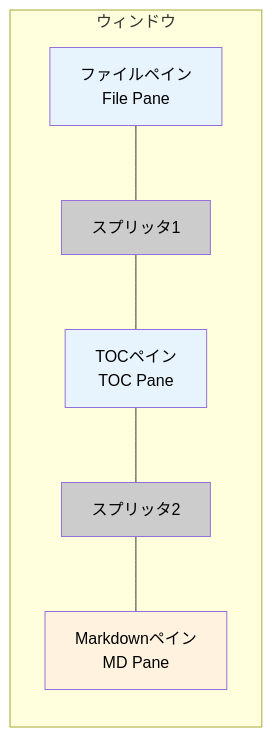
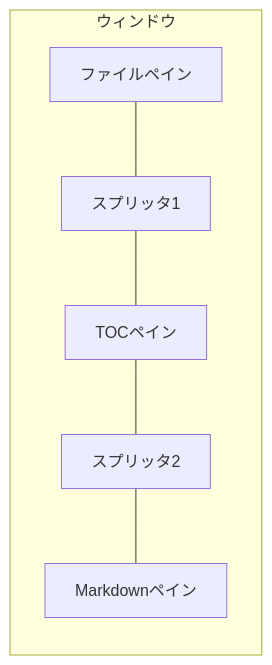
Before and after one commit to tanaton/mendo: diagram 14 of 27 in example/test.md, drawn with Mermaid. The commit also changed other lines of this file, not shown here.

````diff
--- a/example/test.md
+++ b/example/test.md
@@ -1232,18 +1406,11 @@
 ```mermaid
 graph LR
     subgraph ウィンドウ
-        FP[ファイルペイン<br>File Pane]
+        FP[ファイルペイン]
         S1[スプリッタ1]
-        TP[TOCペイン<br>TOC Pane]
+        TP[TOCペイン]
         S2[スプリッタ2]
-        MP[Markdownペイン<br>MD Pane]
+        MP[Markdownペイン]
     end
-
     FP --- S1 --- TP --- S2 --- MP
-
-    style FP fill:#e8f4fd,color:#000
-    style TP fill:#e8f4fd,color:#000
-    style MP fill:#fff3e0,color:#000
-    style S1 fill:#ccc,color:#000
-    style S2 fill:#ccc,color:#000
 ```
````
